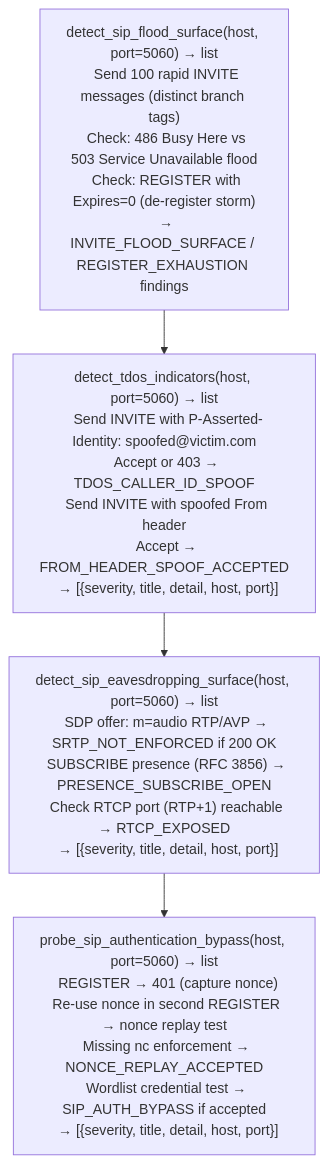
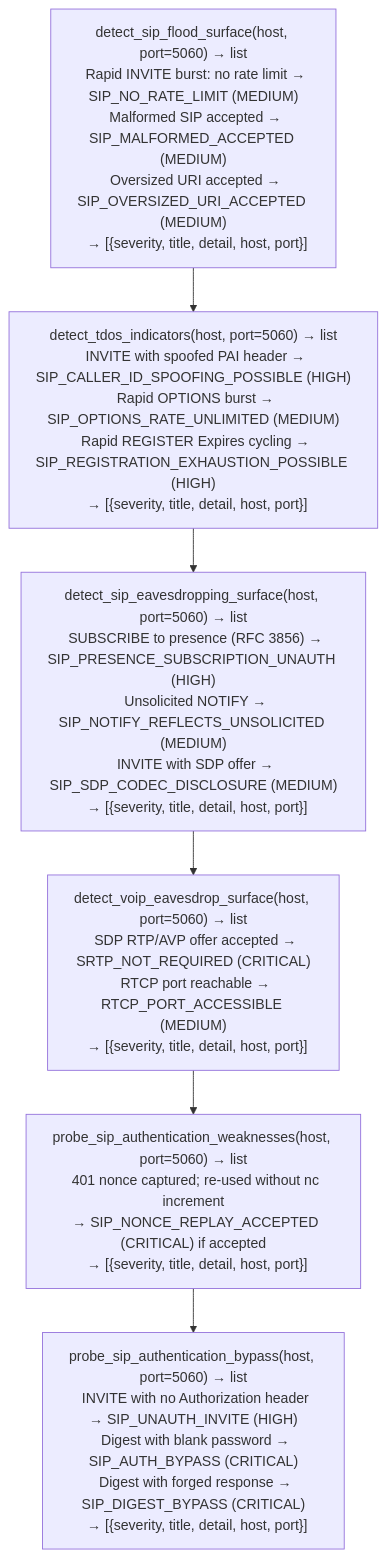
One commit to Ablation-Tool/ablation changed the diagram in docs/reference-modules/voice-abuse-indicators.md. Above: the diagram before and after it, drawn with Mermaid. The commit also changed other lines of this file and 8 other files, not shown here.

````diff
--- a/docs/reference-modules/voice-abuse-indicators.md
+++ b/docs/reference-modules/voice-abuse-indicators.md
@@ -19,6 +19,8 @@
 ```mermaid
 flowchart TD
-    A["detect_sip_flood_surface(host, port=5060) → list\n  Send 100 rapid INVITE messages (distinct branch tags)\n  Check: 486 Busy Here vs 503 Service Unavailable flood\n  Check: REGISTER with Expires=0 (de-register storm)\n  → INVITE_FLOOD_SURFACE / REGISTER_EXHAUSTION findings"] --> B["detect_tdos_indicators(host, port=5060) → list\n  Send INVITE with P-Asserted-Identity: spoofed@victim.com\n  Accept or 403 → TDOS_CALLER_ID_SPOOF\n  Send INVITE with spoofed From header\n  Accept → FROM_HEADER_SPOOF_ACCEPTED\n  → [{severity, title, detail, host, port}]"]
-    B --> C["detect_sip_eavesdropping_surface(host, port=5060) → list\n  SDP offer: m=audio RTP/AVP → SRTP_NOT_ENFORCED if 200 OK\n  SUBSCRIBE presence (RFC 3856) → PRESENCE_SUBSCRIBE_OPEN\n  Check RTCP port (RTP+1) reachable → RTCP_EXPOSED\n  → [{severity, title, detail, host, port}]"]
-    C --> D["probe_sip_authentication_bypass(host, port=5060) → list\n  REGISTER → 401 (capture nonce)\n  Re-use nonce in second REGISTER → nonce replay test\n  Missing nc enforcement → NONCE_REPLAY_ACCEPTED\n  Wordlist credential test → SIP_AUTH_BYPASS if accepted\n  → [{severity, title, detail, host, port}]"]
+    A["detect_sip_flood_surface(host, port=5060) → list\n  Rapid INVITE burst: no rate limit → SIP_NO_RATE_LIMIT (MEDIUM)\n  Malformed SIP accepted → SIP_MALFORMED_ACCEPTED (MEDIUM)\n  Oversized URI accepted → SIP_OVERSIZED_URI_ACCEPTED (MEDIUM)\n  → [{severity, title, detail, host, port}]"] --> B["detect_tdos_indicators(host, port=5060) → list\n  INVITE with spoofed PAI header → SIP_CALLER_ID_SPOOFING_POSSIBLE (HIGH)\n  Rapid OPTIONS burst → SIP_OPTIONS_RATE_UNLIMITED (MEDIUM)\n  Rapid REGISTER Expires cycling → SIP_REGISTRATION_EXHAUSTION_POSSIBLE (HIGH)\n  → [{severity, title, detail, host, port}]"]
+    B --> C["detect_sip_eavesdropping_surface(host, port=5060) → list\n  SUBSCRIBE to presence (RFC 3856) → SIP_PRESENCE_SUBSCRIPTION_UNAUTH (HIGH)\n  Unsolicited NOTIFY → SIP_NOTIFY_REFLECTS_UNSOLICITED (MEDIUM)\n  INVITE with SDP offer → SIP_SDP_CODEC_DISCLOSURE (MEDIUM)\n  → [{severity, title, detail, host, port}]"]
+    C --> D["detect_voip_eavesdrop_surface(host, port=5060) → list\n  SDP RTP/AVP offer accepted → SRTP_NOT_REQUIRED (CRITICAL)\n  RTCP port reachable → RTCP_PORT_ACCESSIBLE (MEDIUM)\n  → [{severity, title, detail, host, port}]"]
+    D --> E["probe_sip_authentication_weaknesses(host, port=5060) → list\n  401 nonce captured; re-used without nc increment\n  → SIP_NONCE_REPLAY_ACCEPTED (CRITICAL) if accepted\n  → [{severity, title, detail, host, port}]"]
+    E --> F["probe_sip_authentication_bypass(host, port=5060) → list\n  INVITE with no Authorization header → SIP_UNAUTH_INVITE (HIGH)\n  Digest with blank password → SIP_AUTH_BYPASS (CRITICAL)\n  Digest with forged response → SIP_DIGEST_BYPASS (CRITICAL)\n  → [{severity, title, detail, host, port}]"]
 ```
````
